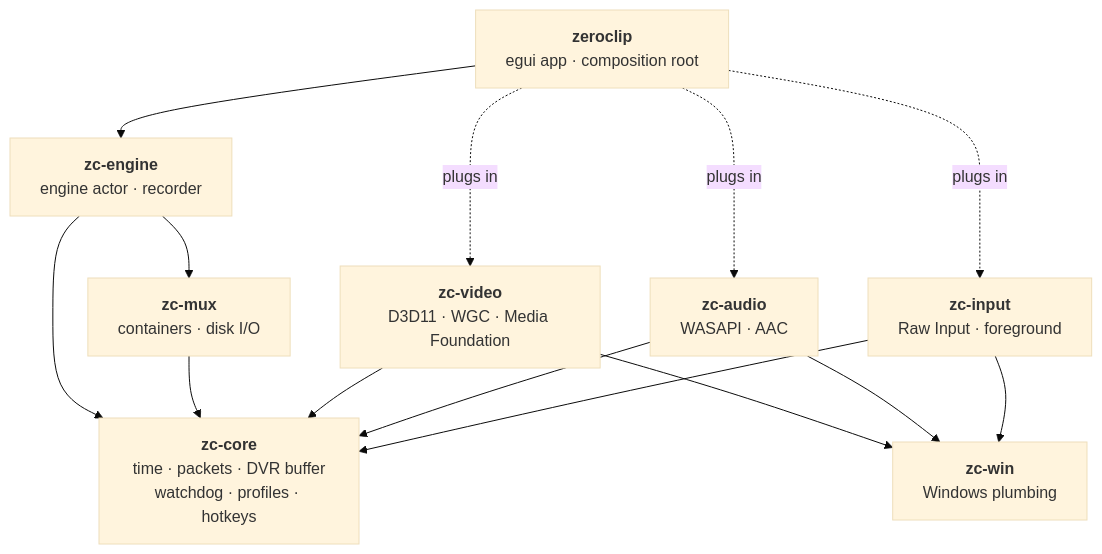
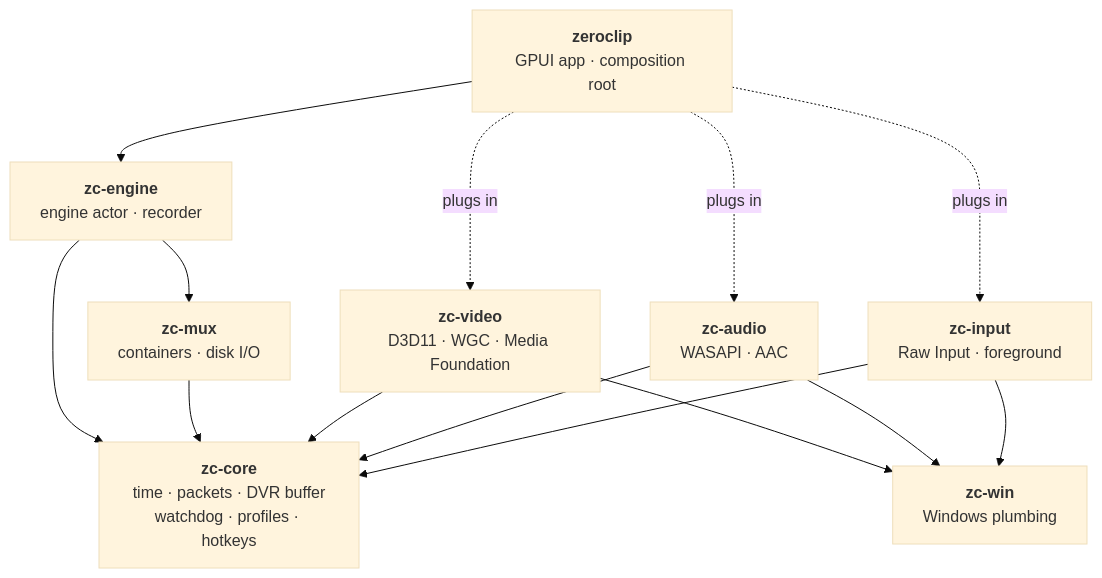
The diagram in README.md (zeroclip-dev/zeroclip), drawn with Mermaid (base theme) before and after one commit. The commit also changed 6 other files, not shown here.

Commit message:
docs: UI moves from egui to GPUI (D36 supersedes D13)

````diff
--- a/README.md
+++ b/README.md
@@ -56,25 +56,25 @@
 ```mermaid
 flowchart TD
-    app["<b>zeroclip</b><br/>egui app · composition root"]
+    app["<b>zeroclip</b><br/>GPUI app · composition root"]
     engine["<b>zc-engine</b><br/>engine actor · recorder"]
     core["<b>zc-core</b><br/>time · packets · DVR buffer<br/>watchdog · profiles · hotkeys"]
     mux["<b>zc-mux</b><br/>containers · disk I/O"]
     video["<b>zc-video</b><br/>D3D11 · WGC · Media Foundation"]
     audio["<b>zc-audio</b><br/>WASAPI · AAC"]
     input["<b>zc-input</b><br/>Raw Input · foreground"]
     win["<b>zc-win</b><br/>Windows plumbing"]
 
     app --> engine
     engine --> core
     engine --> mux
     mux --> core
     app -. plugs in .-> video
     app -. plugs in .-> audio
     app -. plugs in .-> input
     video --> core
     audio --> core
     input --> core
     video --> win
     audio --> win
     input --> win
 ```
````
